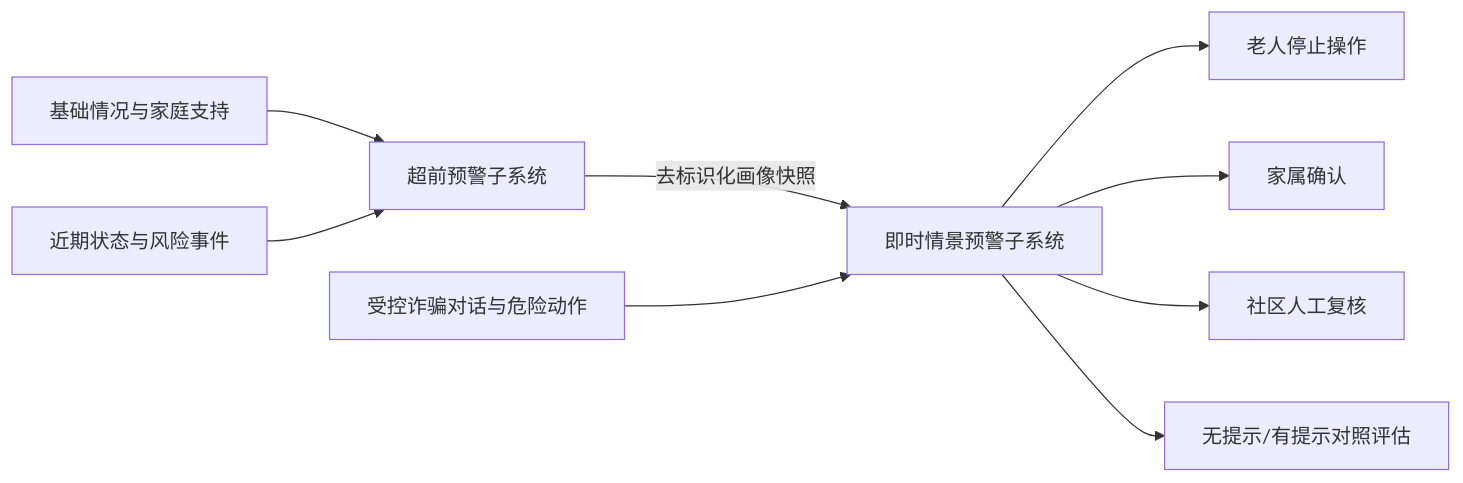
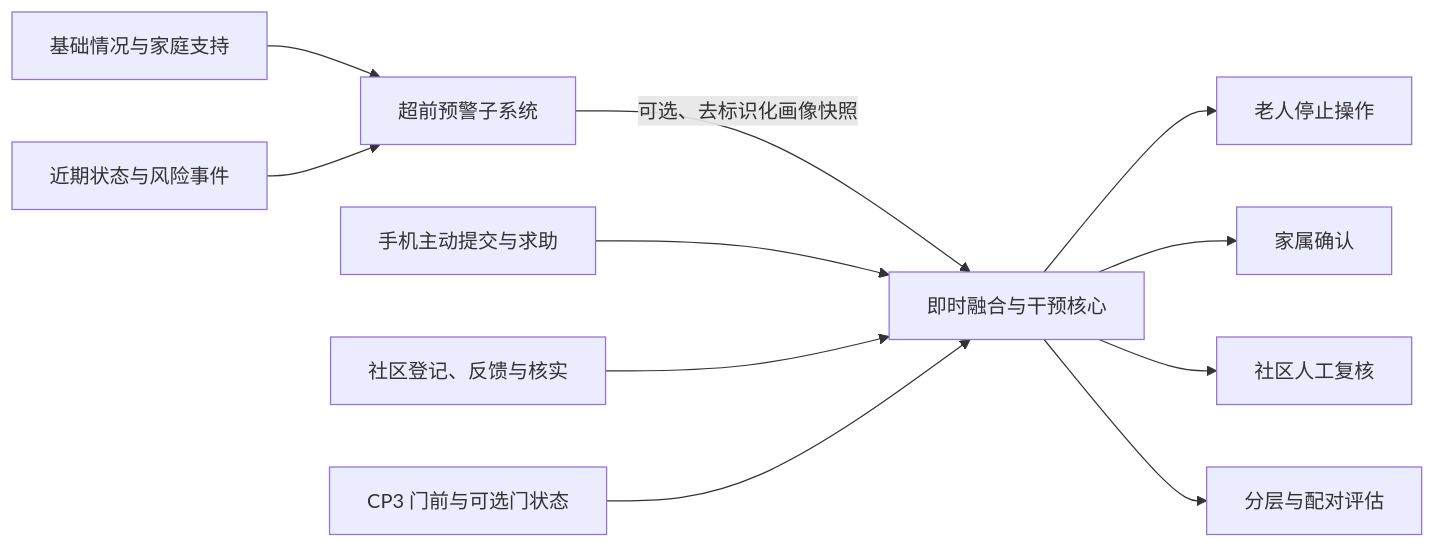
The diagram in profile/README.md (Silver-yiyangyiyang/.github), drawn with Mermaid before and after one commit. The commit also changed other lines of this file, not shown here.

Commit message:
docs: update organization project architecture

````diff
--- a/profile/README.md
+++ b/profile/README.md
@@ -9,11 +9,13 @@
 ```mermaid
 flowchart LR
     A[基础情况与家庭支持] --> B[超前预警子系统]
     C[近期状态与风险事件] --> B
-    B -->|去标识化画像快照| D[即时情景预警子系统]
-    E[受控诈骗对话与危险动作] --> D
-    D --> F[老人停止操作]
-    D --> G[家属确认]
-    D --> H[社区人工复核]
-    D --> I[无提示/有提示对照评估]
+    B -->|可选、去标识化画像快照| F[即时融合与干预核心]
+    M[手机主动提交与求助] --> F
+    N[社区登记、反馈与核实] --> F
+    O[CP3 门前与可选门状态] --> F
+    F --> G[老人停止操作]
+    F --> H[家属确认]
+    F --> I[社区人工复核]
+    F --> J[分层与配对评估]
 ```
````
